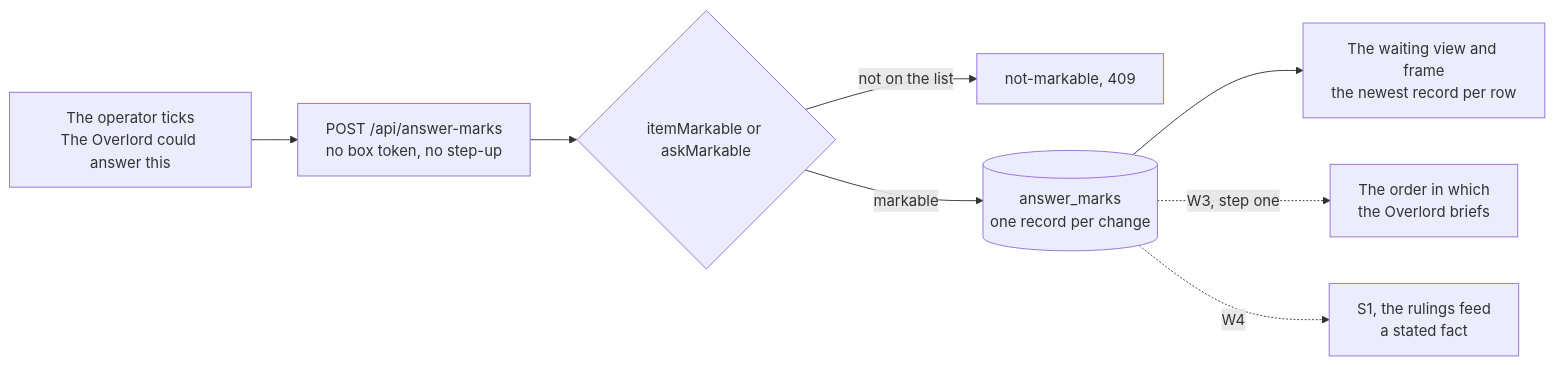
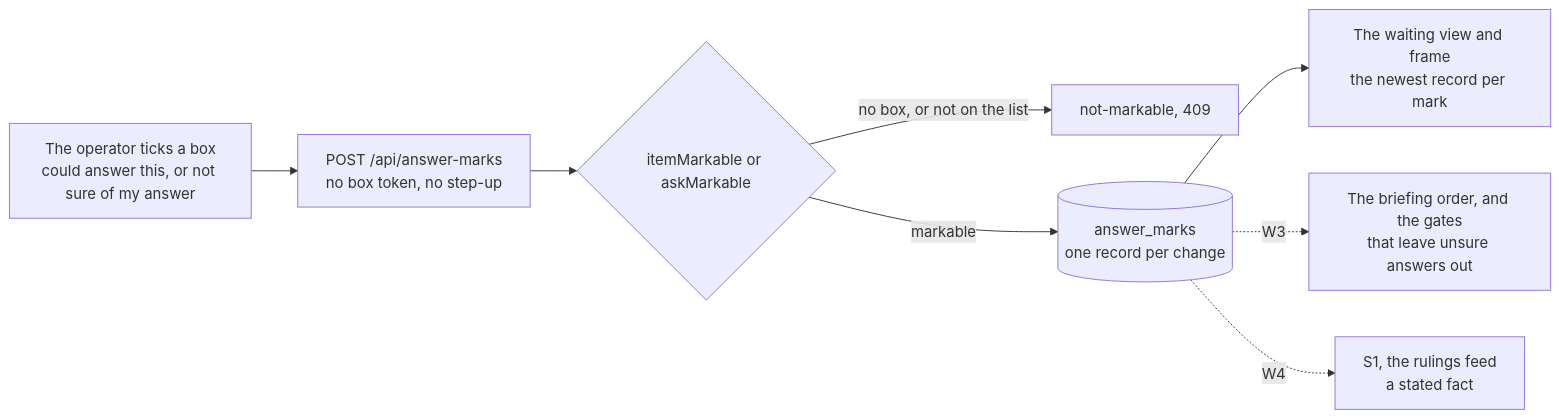
The diagram in docs/superpowers/plans/2026-11-14-overlord-w1/w1-delegation-marks.md (Synapsium-Labs/ccrc-pwa), drawn with Mermaid before and after one commit. The commit also changed other lines of this file and 1 other file, not shown here.

First line of the commit message:
docs(overlord): the operator's four addenda to R21: an unsure mark, details first, and a proposal on tech detail

````diff
--- a/docs/superpowers/plans/2026-11-14-overlord-w1/w1-delegation-marks.md
+++ b/docs/superpowers/plans/2026-11-14-overlord-w1/w1-delegation-marks.md
@@ -277,10 +327,10 @@
 ```mermaid
 flowchart LR
-  T["The operator ticks<br/>The Overlord could answer this"] --> D["POST /api/answer-marks<br/>no box token, no step-up"]
+  T["The operator ticks a box<br/>could answer this, or not sure of my answer"] --> D["POST /api/answer-marks<br/>no box token, no step-up"]
   D --> M{"itemMarkable or askMarkable"}
-  M -->|"not on the list"| R["not-markable, 409"]
+  M -->|"no box, or not on the list"| R["not-markable, 409"]
   M -->|"markable"| W[("answer_marks<br/>one record per change")]
-  W --> V["The waiting view and frame<br/>the newest record per row"]
-  W -.->|"W3, step one"| B["The order in which<br/>the Overlord briefs"]
+  W --> V["The waiting view and frame<br/>the newest record per mark"]
+  W -.->|"W3"| B["The briefing order, and the gates<br/>that leave unsure answers out"]
   W -.->|"W4"| F["S1, the rulings feed<br/>a stated fact"]
 ```
````
